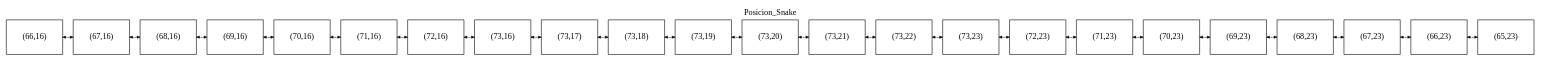
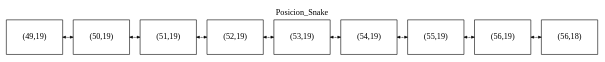
The diagram in snake_list.dot (mariotun/EDD_1S2019_P1_201602942), drawn with Graphviz before and after one commit. The commit also changed 19 other files, not shown here.

```diff
--- a/snake_list.dot
+++ b/snake_list.dot
@@ -1,31 +1,17 @@
 digraph Lista_Snake{
  label=Posicion_Snake; 
  labelloc=t; 
 node[margin=0.3 fontcolor=black shape=box];
 {rank=same;
- <lista_doble.NodeLD object at 0x7f8289b24a90>[label="(66,16)"];
-<lista_doble.NodeLD object at 0x7f8289b24d30>[label="(67,16)"];
-<lista_doble.NodeLD object at 0x7f8289b24ac8>[label="(68,16)"];
-<lista_doble.NodeLD object at 0x7f8289b24da0>[label="(69,16)"];
-<lista_doble.NodeLD object at 0x7f8289b249b0>[label="(70,16)"];
-<lista_doble.NodeLD object at 0x7f8289b24ba8>[label="(71,16)"];
-<lista_doble.NodeLD object at 0x7f8289b24978>[label="(72,16)"];
-<lista_doble.NodeLD object at 0x7f8289b24b70>[label="(73,16)"];
-<lista_doble.NodeLD object at 0x7f8289b24cf8>[label="(73,17)"];
-<lista_doble.NodeLD object at 0x7f8289b24908>[label="(73,18)"];
-<lista_doble.NodeLD object at 0x7f8289b24be0>[label="(73,19)"];
-<lista_doble.NodeLD object at 0x7f8289b24b38>[label="(73,20)"];
-<lista_doble.NodeLD object at 0x7f8289b24d68>[label="(73,21)"];
-<lista_doble.NodeLD object at 0x7f8289b24cc0>[label="(73,22)"];
-<lista_doble.NodeLD object at 0x7f8289b24e48>[label="(73,23)"];
-<lista_doble.NodeLD object at 0x7f8289b24dd8>[label="(72,23)"];
-<lista_doble.NodeLD object at 0x7f8289b24c18>[label="(71,23)"];
-<lista_doble.NodeLD object at 0x7f8289b24a58>[label="(70,23)"];
-<lista_doble.NodeLD object at 0x7f8289b24c50>[label="(69,23)"];
-<lista_doble.NodeLD object at 0x7f8289b249e8>[label="(68,23)"];
-<lista_doble.NodeLD object at 0x7f8289b24e10>[label="(67,23)"];
-<lista_doble.NodeLD object at 0x7f8289b24c88>[label="(66,23)"];
-<lista_doble.NodeLD object at 0x7f8289b24a20>[label="(65,23)"];
-<lista_doble.NodeLD object at 0x7f8289b24a90>-><lista_doble.NodeLD object at 0x7f8289b24d30>-><lista_doble.NodeLD object at 0x7f8289b24ac8>-><lista_doble.NodeLD object at 0x7f8289b24da0>-><lista_doble.NodeLD object at 0x7f8289b249b0>-><lista_doble.NodeLD object at 0x7f8289b24ba8>-><lista_doble.NodeLD object at 0x7f8289b24978>-><lista_doble.NodeLD object at 0x7f8289b24b70>-><lista_doble.NodeLD object at 0x7f8289b24cf8>-><lista_doble.NodeLD object at 0x7f8289b24908>-><lista_doble.NodeLD object at 0x7f8289b24be0>-><lista_doble.NodeLD object at 0x7f8289b24b38>-><lista_doble.NodeLD object at 0x7f8289b24d68>-><lista_doble.NodeLD object at 0x7f8289b24cc0>-><lista_doble.NodeLD object at 0x7f8289b24e48>-><lista_doble.NodeLD object at 0x7f8289b24dd8>-><lista_doble.NodeLD object at 0x7f8289b24c18>-><lista_doble.NodeLD object at 0x7f8289b24a58>-><lista_doble.NodeLD object at 0x7f8289b24c50>-><lista_doble.NodeLD object at 0x7f8289b249e8>-><lista_doble.NodeLD object at 0x7f8289b24e10>-><lista_doble.NodeLD object at 0x7f8289b24c88>-><lista_doble.NodeLD object at 0x7f8289b24a20>
+ <lista_doble.NodeLD object at 0x7f71b76cba20>[label="(49,19)"];
+<lista_doble.NodeLD object at 0x7f71b76bccc0>[label="(50,19)"];
+<lista_doble.NodeLD object at 0x7f71b76cb780>[label="(51,19)"];
+<lista_doble.NodeLD object at 0x7f71b76bcd30>[label="(52,19)"];
+<lista_doble.NodeLD object at 0x7f71b76cb940>[label="(53,19)"];
+<lista_doble.NodeLD object at 0x7f71b76bcc88>[label="(54,19)"];
+<lista_doble.NodeLD object at 0x7f71b76bcc18>[label="(55,19)"];
+<lista_doble.NodeLD object at 0x7f71b76bce80>[label="(56,19)"];
+<lista_doble.NodeLD object at 0x7f71b76bccf8>[label="(56,18)"];
+<lista_doble.NodeLD object at 0x7f71b76cba20>-><lista_doble.NodeLD object at 0x7f71b76bccc0>-><lista_doble.NodeLD object at 0x7f71b76cb780>-><lista_doble.NodeLD object at 0x7f71b76bcd30>-><lista_doble.NodeLD object at 0x7f71b76cb940>-><lista_doble.NodeLD object at 0x7f71b76bcc88>-><lista_doble.NodeLD object at 0x7f71b76bcc18>-><lista_doble.NodeLD object at 0x7f71b76bce80>-><lista_doble.NodeLD object at 0x7f71b76bccf8>
 [dir=both style=tapered arrowsize=0.5 penwidth=1 color=black];
 } }
```
